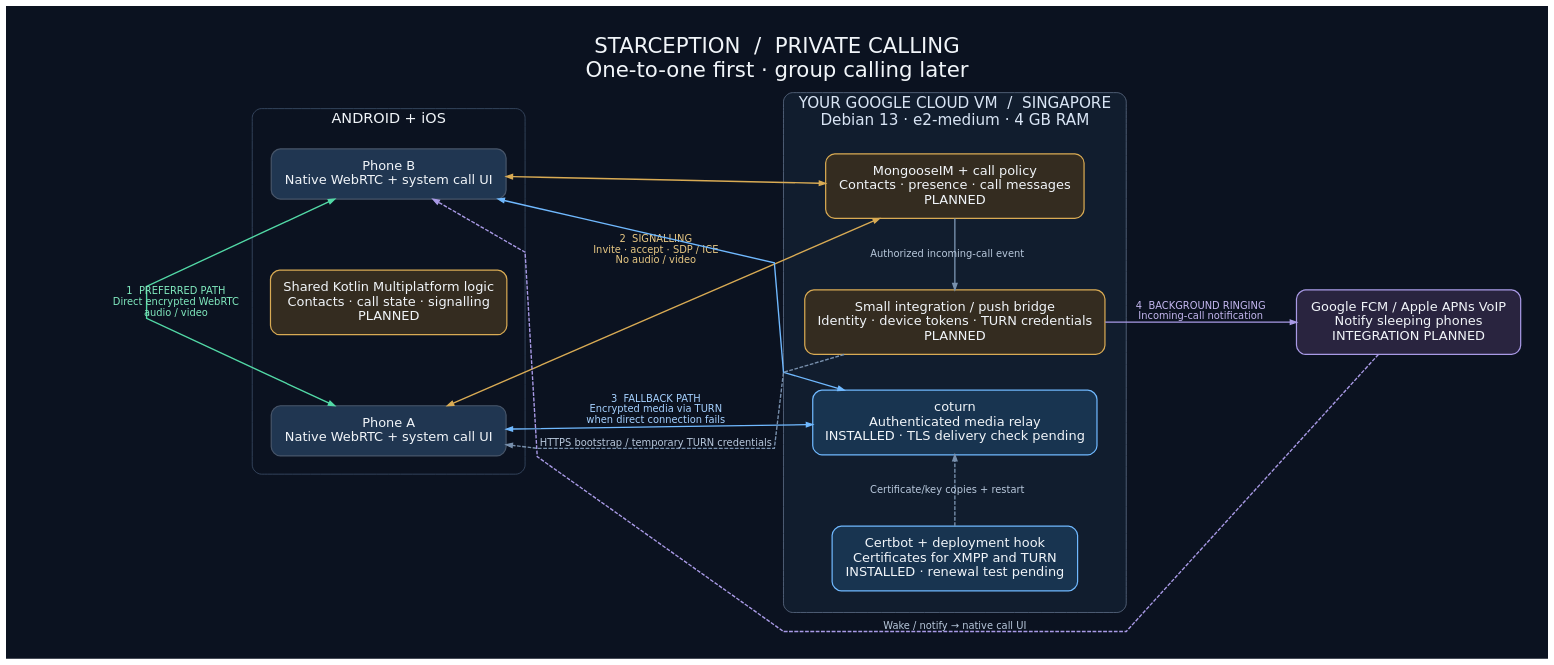
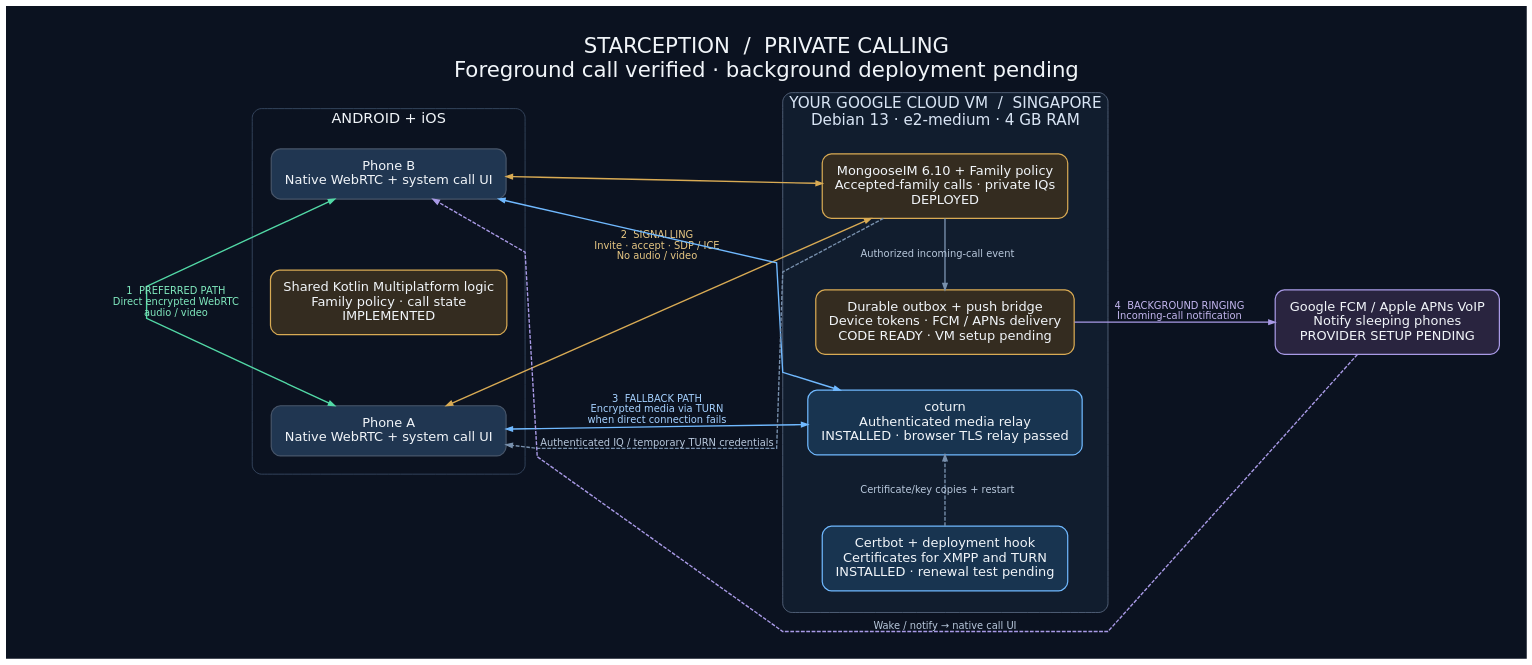
The diagram in docs/images/calling/architecture.dot (nazmul-cs-us/nowinandroid), drawn with Graphviz before and after one commit. The commit also changed 14 other files, not shown here.

Commit message:
Document completed calling setup commands and verified deployment status

```diff
--- a/docs/images/calling/architecture.dot
+++ b/docs/images/calling/architecture.dot
@@ -1,32 +1,32 @@
 digraph Calling {
- graph [rankdir=LR, bgcolor="#0B1220", pad="0.5", nodesep="0.65", ranksep="1.1", splines=polyline, fontname="DejaVu Sans", fontcolor="#F1F5F9", label="STARCEPTION  /  PRIVATE CALLING\nOne-to-one first · group calling later", labelloc=t, fontsize=28];
+ graph [rankdir=LR, bgcolor="#0B1220", pad="0.5", nodesep="0.65", ranksep="1.1", splines=polyline, fontname="DejaVu Sans", fontcolor="#F1F5F9", label="STARCEPTION  /  PRIVATE CALLING\nForeground call verified · background deployment pending", labelloc=t, fontsize=28];
  node [shape=box, style="rounded,filled", fontname="DejaVu Sans", fontsize=17, fontcolor="#F1F5F9", color="#475569", fillcolor="#172338", penwidth=1.6, margin="0.25,0.19"];
  edge [fontname="DejaVu Sans", fontsize=13, fontcolor="#B8C8DC", color="#7890AD", penwidth=1.8, arrowsize=0.8];
  subgraph cluster_apps {
   label="ANDROID + iOS"; fontsize=19; color="#40536D"; style=rounded; margin=24;
   phoneA [label="Phone A\nNative WebRTC + system call UI", fillcolor="#203651"];
-  shared [label="Shared Kotlin Multiplatform logic\nContacts · call state · signalling\nPLANNED", color="#D9AB54", fillcolor="#342C20"];
+  shared [label="Shared Kotlin Multiplatform logic\nFamily policy · call state\nIMPLEMENTED", color="#D9AB54", fillcolor="#342C20"];
   phoneB [label="Phone B\nNative WebRTC + system call UI", fillcolor="#203651"];
   phoneA -> shared [style=invis]; shared -> phoneB [style=invis];
   {rank=same;phoneA;shared;phoneB;}
   phoneA -> phoneB [dir=both, constraint=false, color="#52D9A6", fontcolor="#80E9BE", label="1  PREFERRED PATH\nDirect encrypted WebRTC\naudio / video"];
  }
  subgraph cluster_vm {
   label="YOUR GOOGLE CLOUD VM  /  SINGAPORE\nDebian 13 · e2-medium · 4 GB RAM"; fontsize=20; color="#63748C"; fontcolor="#D9E5F5"; style="rounded,filled"; fillcolor="#111D2E"; margin=28;
-  xmpp [label="MongooseIM + call policy\nContacts · presence · call messages\nPLANNED", color="#D9AB54", fillcolor="#342C20"];
-  bridge [label="Small integration / push bridge\nIdentity · device tokens · TURN credentials\nPLANNED", color="#D9AB54", fillcolor="#342C20"];
-  turn [label="coturn\nAuthenticated media relay\nINSTALLED · TLS delivery check pending", color="#70B9FF", fillcolor="#183450"];
+  xmpp [label="MongooseIM 6.10 + Family policy\nAccepted-family calls · private IQs\nDEPLOYED", color="#D9AB54", fillcolor="#342C20"];
+  bridge [label="Durable outbox + push bridge\nDevice tokens · FCM / APNs delivery\nCODE READY · VM setup pending", color="#D9AB54", fillcolor="#342C20"];
+  turn [label="coturn\nAuthenticated media relay\nINSTALLED · browser TLS relay passed", color="#70B9FF", fillcolor="#183450"];
   cert [label="Certbot + deployment hook\nCertificates for XMPP and TURN\nINSTALLED · renewal test pending", color="#70B9FF", fillcolor="#183450"];
   {rank=same;xmpp;bridge;turn;cert;}
   xmpp -> bridge [label="Authorized incoming-call event", constraint=false];
-  bridge -> phoneA [style=dashed, label="HTTPS bootstrap / temporary TURN credentials", constraint=false];
+  xmpp -> phoneA [style=dashed, label="Authenticated IQ / temporary TURN credentials", constraint=false];
   cert -> turn [style=dashed, label="Certificate/key copies + restart", constraint=false];
  }
- push [label="Google FCM / Apple APNs VoIP\nNotify sleeping phones\nINTEGRATION PLANNED", color="#A99AE6", fillcolor="#29243F"];
+ push [label="Google FCM / Apple APNs VoIP\nNotify sleeping phones\nPROVIDER SETUP PENDING", color="#A99AE6", fillcolor="#29243F"];
  phoneA -> xmpp [dir=both, color="#D9AB54", fontcolor="#E7C783", label="2  SIGNALLING\nInvite · accept · SDP / ICE\nNo audio / video"];
  phoneB -> xmpp [dir=both, color="#D9AB54"];
  phoneA -> turn [dir=both, color="#70B9FF", fontcolor="#A5D1FF", label="3  FALLBACK PATH\nEncrypted media via TURN\nwhen direct connection fails"];
  phoneB -> turn [dir=both, color="#70B9FF"];
  bridge -> push [color="#A99AE6", fontcolor="#C4B7EF", label="4  BACKGROUND RINGING\nIncoming-call notification"];
  push -> phoneB [style=dashed, color="#A99AE6", constraint=false, label="Wake / notify → native call UI"];
 }
```
